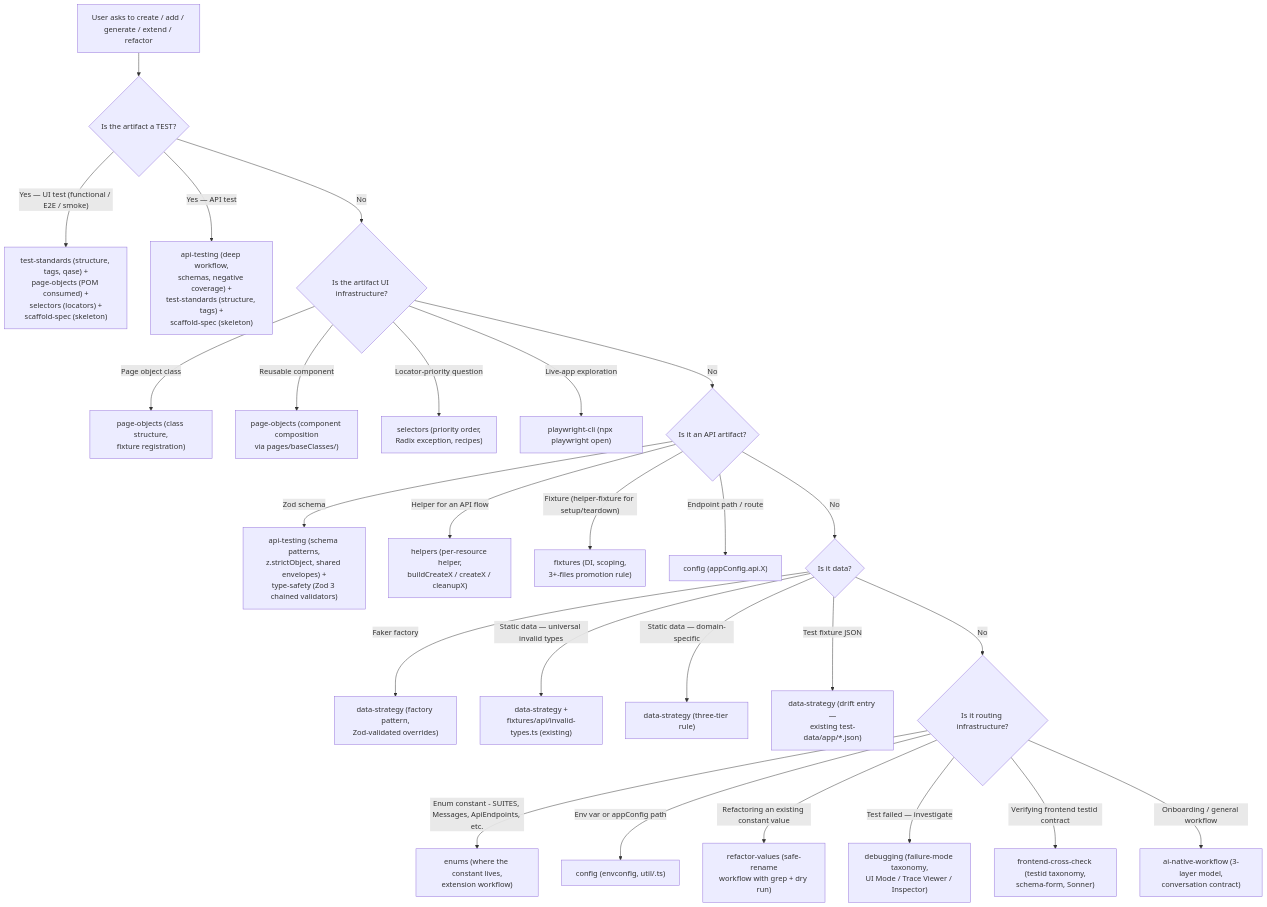
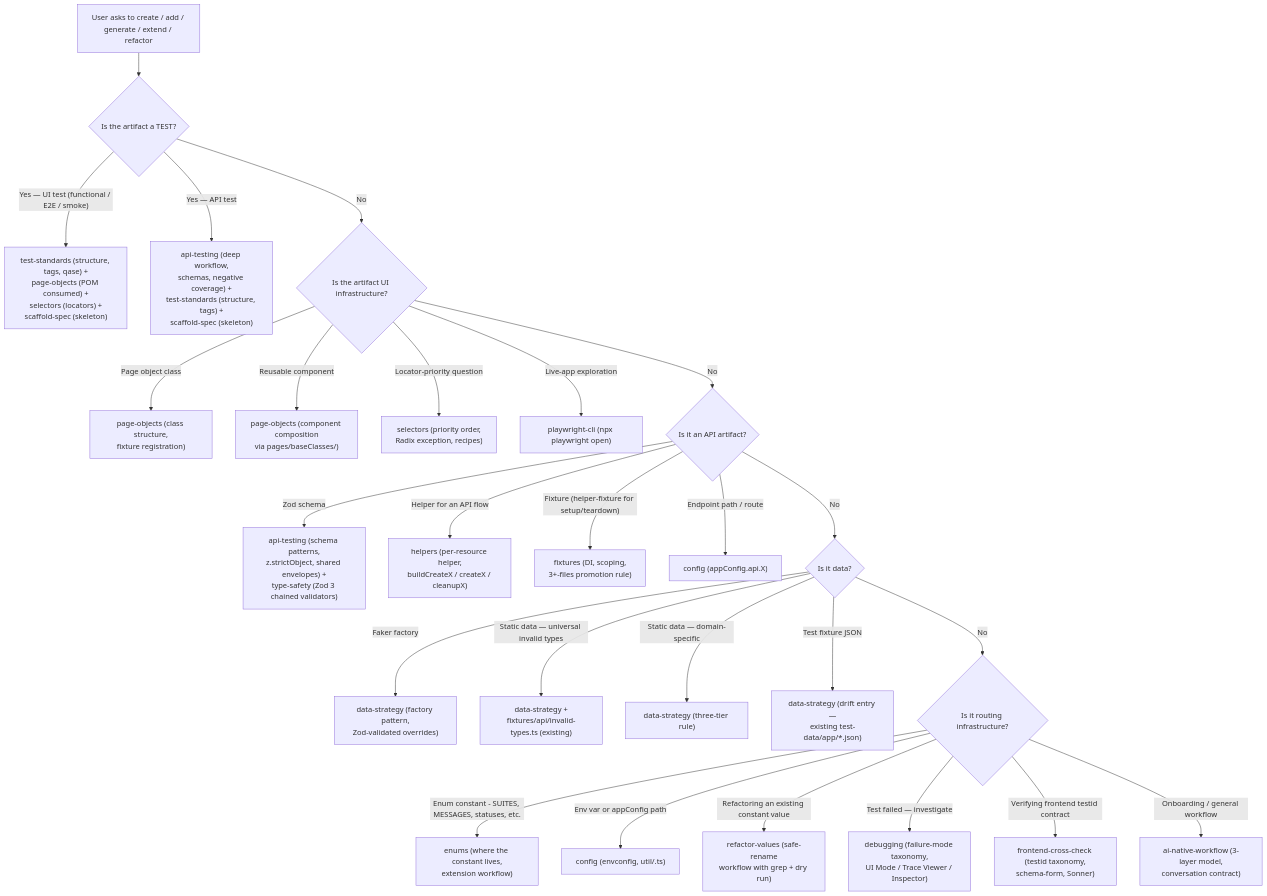
One commit to georgikazandzhiev-code/ai-native-qa-toolkit changed the diagram in .claude/skills/common-tasks/SKILL.md. Above: the diagram before and after it, drawn with Mermaid. The commit also changed other lines of this file and 26 other files, not shown here.

````diff
--- a/.claude/skills/common-tasks/SKILL.md
+++ b/.claude/skills/common-tasks/SKILL.md
@@ -43,32 +43,32 @@
 ```mermaid
 flowchart TD
     Start[User asks to create / add / generate / extend / refactor] --> Q1{Is the artifact a TEST?}
     Q1 -->|"Yes — UI test (functional / E2E / smoke)"| UITest["test-standards (structure, tags, qase) +<br/>page-objects (POM consumed) +<br/>selectors (locators) +<br/>scaffold-spec (skeleton)"]
     Q1 -->|"Yes — API test"| APITest["api-testing (deep workflow,<br/>schemas, negative coverage) +<br/>test-standards (structure, tags) +<br/>scaffold-spec (skeleton)"]
     Q1 -->|"No"| Q2{Is the artifact UI infrastructure?}
 
     Q2 -->|"Page object class"| POM["page-objects (class structure,<br/>fixture registration)"]
     Q2 -->|"Reusable component"| BaseClass["page-objects (component composition<br/>via pages/baseClasses/)"]
     Q2 -->|"Locator-priority question"| Selectors["selectors (priority order,<br/>Radix exception, recipes)"]
     Q2 -->|"Live-app exploration"| Explore["playwright-cli (npx playwright open)"]
     Q2 -->|"No"| Q3{Is it an API artifact?}
 
     Q3 -->|"Zod schema"| Schema["api-testing (schema patterns,<br/>z.strictObject, shared envelopes) +<br/>type-safety (Zod 3 chained validators)"]
     Q3 -->|"Helper for an API flow"| Helper["helpers (per-resource helper,<br/>buildCreateX / createX / cleanupX)"]
     Q3 -->|"Fixture (helper-fixture for setup/teardown)"| Fixture["fixtures (DI, scoping,<br/>3+-files promotion rule)"]
     Q3 -->|"Endpoint path / route"| Config["config (appConfig.api.X)"]
     Q3 -->|"No"| Q4{Is it data?}
 
     Q4 -->|"Faker factory"| Factory["data-strategy (factory pattern,<br/>Zod-validated overrides)"]
     Q4 -->|"Static data — universal invalid types"| Universal["data-strategy +<br/>fixtures/api/invalid-types.ts (existing)"]
     Q4 -->|"Static data — domain-specific"| Domain["data-strategy (three-tier rule)"]
     Q4 -->|"Test fixture JSON"| LegacyJson["data-strategy (drift entry —<br/>existing test-data/app/*.json)"]
     Q4 -->|"No"| Q5{Is it routing infrastructure?}
 
-    Q5 -->|"Enum constant - SUITES, Messages, ApiEndpoints, etc."| Enums["enums (where the constant lives,<br/>extension workflow)"]
+    Q5 -->|"Enum constant - SUITES, MESSAGES, statuses, etc."| Enums["enums (where the constant lives,<br/>extension workflow)"]
     Q5 -->|"Env var or appConfig path"| ConfigSkill["config (envconfig, util/<service>.ts)"]
     Q5 -->|"Refactoring an existing constant value"| Refactor["refactor-values (safe-rename<br/>workflow with grep + dry run)"]
     Q5 -->|"Test failed — investigate"| Debug["debugging (failure-mode taxonomy,<br/>UI Mode / Trace Viewer / Inspector)"]
     Q5 -->|"Verifying frontend testid contract"| FECheck["frontend-cross-check (testid taxonomy,<br/>schema-form, Sonner)"]
     Q5 -->|"Onboarding / general workflow"| Onboard["ai-native-workflow (3-layer model,<br/>conversation contract)"]
 ```
````
